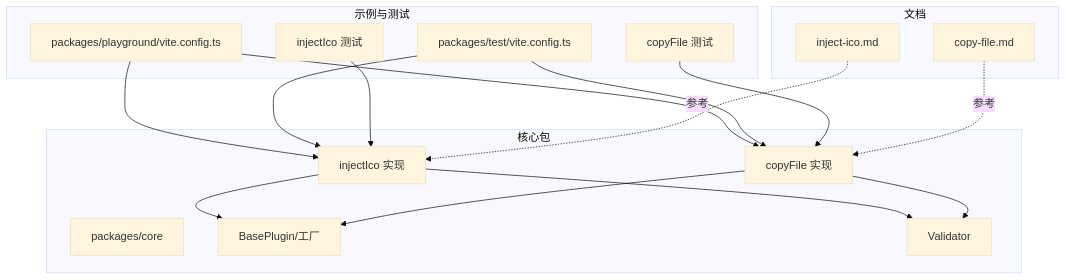
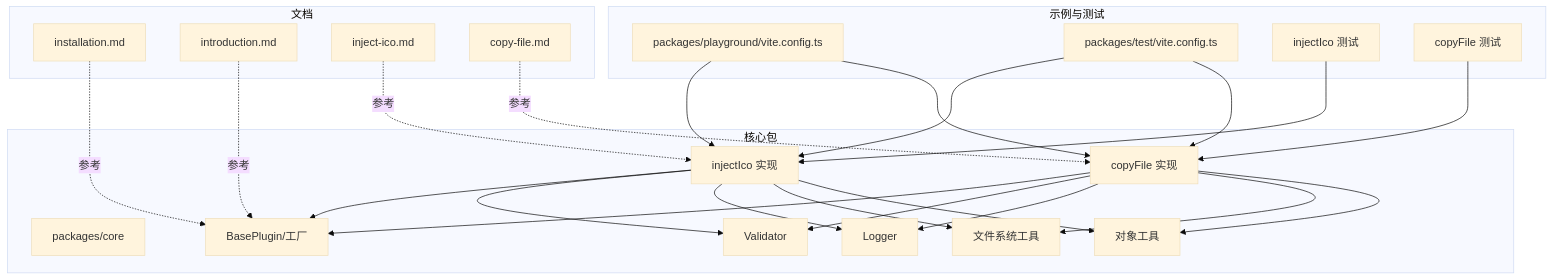
The first of 5 diagrams in .qoder/repowiki/zh/content/示例与案例/示例与案例.md (MengXi-Studio/vite-plugin), drawn with Mermaid (base theme) before and after one commit. The commit also changed other lines of this file and 6 other files, not shown here.

````diff
--- a/.qoder/repowiki/zh/content/示例与案例/示例与案例.md
+++ b/.qoder/repowiki/zh/content/示例与案例/示例与案例.md
@@ -48,32 +69,45 @@
 ```mermaid
 graph TB
 subgraph "核心包"
 CORE["packages/core"]
 CORE_PLUGIN_INJ["injectIco 实现"]
 CORE_PLUGIN_COPY["copyFile 实现"]
 CORE_FACTORY["BasePlugin/工厂"]
 CORE_VALID["Validator"]
+CORE_LOGGER["Logger"]
+CORE_FS["文件系统工具"]
+CORE_OBJ["对象工具"]
 end
 subgraph "示例与测试"
 PLAY["packages/playground/vite.config.ts"]
 TESTCFG["packages/test/vite.config.ts"]
 TEST_INJ["injectIco 测试"]
 TEST_COPY["copyFile 测试"]
 end
 subgraph "文档"
+DOC_INSTALL["installation.md"]
+DOC_INTRO["introduction.md"]
 DOC_INJ["inject-ico.md"]
 DOC_COPY["copy-file.md"]
 end
 PLAY --> CORE_PLUGIN_INJ
 PLAY --> CORE_PLUGIN_COPY
 TESTCFG --> CORE_PLUGIN_INJ
 TESTCFG --> CORE_PLUGIN_COPY
 TEST_INJ --> CORE_PLUGIN_INJ
 TEST_COPY --> CORE_PLUGIN_COPY
 CORE_PLUGIN_INJ --> CORE_FACTORY
 CORE_PLUGIN_COPY --> CORE_FACTORY
 CORE_PLUGIN_INJ --> CORE_VALID
 CORE_PLUGIN_COPY --> CORE_VALID
+CORE_PLUGIN_INJ --> CORE_LOGGER
+CORE_PLUGIN_COPY --> CORE_LOGGER
+CORE_PLUGIN_INJ --> CORE_FS
+CORE_PLUGIN_COPY --> CORE_FS
+CORE_PLUGIN_INJ --> CORE_OBJ
+CORE_PLUGIN_COPY --> CORE_OBJ
+DOC_INSTALL -.参考.-> CORE_FACTORY
+DOC_INTRO -.参考.-> CORE_FACTORY
 DOC_INJ -.参考.-> CORE_PLUGIN_INJ
 DOC_COPY -.参考.-> CORE_PLUGIN_COPY
 ```
````
